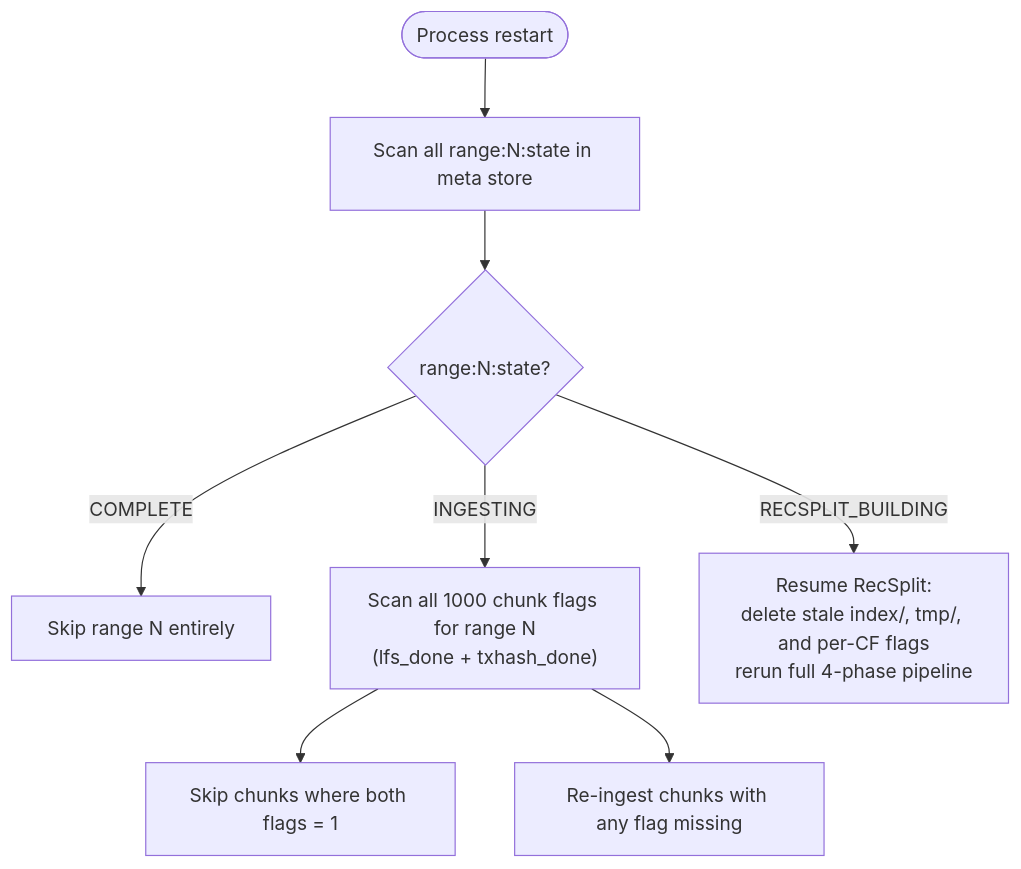
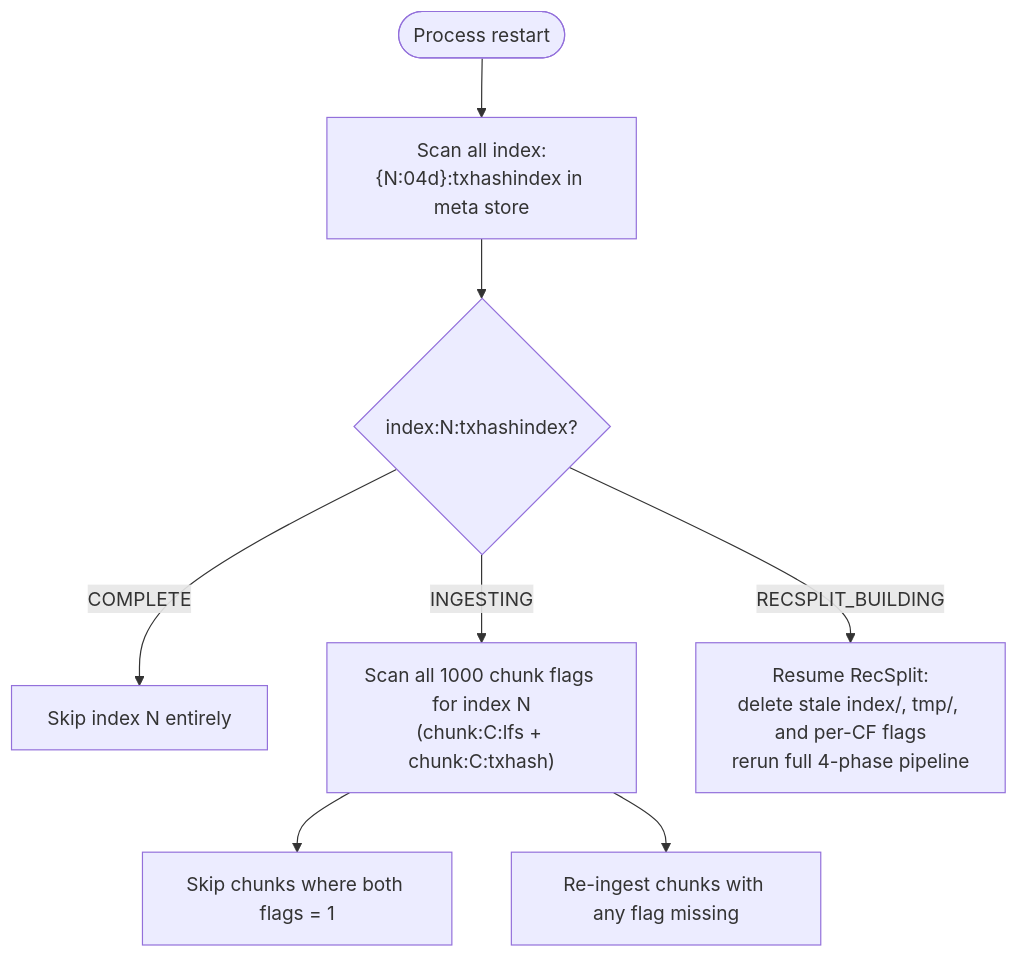
Before and after one commit to stellar/stellar-rpc: diagram 11 of 12 in full-history/design-docs/01-architecture-overview.md, drawn with Mermaid. The commit also changed other lines of this file, not shown here.

Commit message:
docs: 01-architecture-overview — range→index sweep

````diff
--- a/full-history/design-docs/01-architecture-overview.md
+++ b/full-history/design-docs/01-architecture-overview.md
@@ -311,10 +313,10 @@
 ```mermaid
 flowchart TD
-    START(["Process restart"]) --> SCAN_RANGES["Scan all range:N:state in meta store"]
-    SCAN_RANGES --> CHECK_RANGE{range:N:state?}
-    CHECK_RANGE -->|COMPLETE| SKIP_RANGE["Skip range N entirely"]
-    CHECK_RANGE -->|INGESTING| SCAN_CHUNKS["Scan all 1000 chunk flags for range N\n(lfs_done + txhash_done)"]
+    START(["Process restart"]) --> SCAN_RANGES["Scan all index:{N:04d}:txhashindex in meta store"]
+    SCAN_RANGES --> CHECK_RANGE{index:N:txhashindex?}
+    CHECK_RANGE -->|COMPLETE| SKIP_RANGE["Skip index N entirely"]
+    CHECK_RANGE -->|INGESTING| SCAN_CHUNKS["Scan all 1000 chunk flags for index N\n(chunk:C:lfs + chunk:C:txhash)"]
     CHECK_RANGE -->|RECSPLIT_BUILDING| RESUME_RS["Resume RecSplit:\ndelete stale index/, tmp/, and per-CF flags\nrerun full 4-phase pipeline"]
     SCAN_CHUNKS --> SKIP_DONE["Skip chunks where both flags = 1"]
     SCAN_CHUNKS --> REDO["Re-ingest chunks with any flag missing"]
 ```
````
